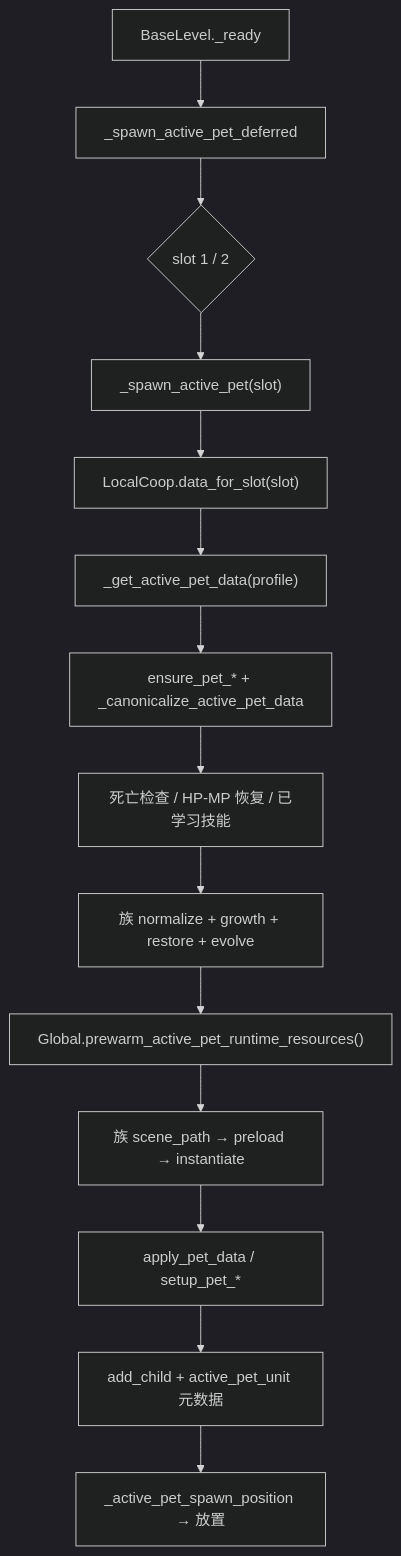
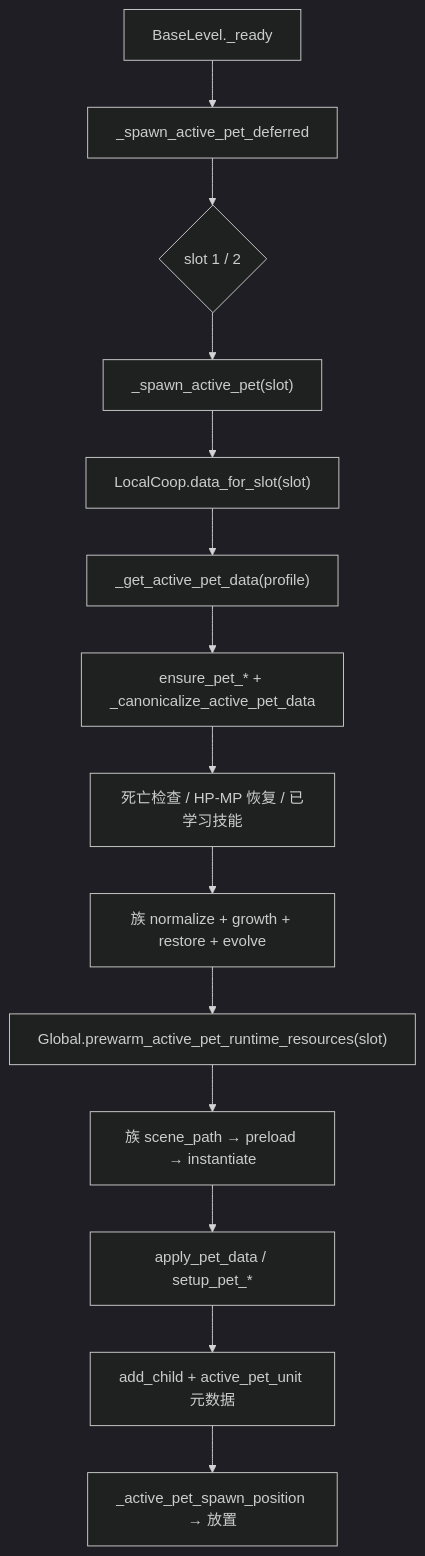
One commit to 0xnayuta/BHYH changed the diagram in docs/reference/pet_level_boundary_matrix.md. Above: the diagram before and after it, drawn with Mermaid (dark theme). The commit also changed other lines of this file and 18 other files, not shown here.

````diff
--- a/docs/reference/pet_level_boundary_matrix.md
+++ b/docs/reference/pet_level_boundary_matrix.md
@@ -38,16 +40,16 @@
 ```mermaid
 flowchart TD
     A["BaseLevel._ready"] --> B["_spawn_active_pet_deferred"]
     B --> C{"slot 1 / 2"}
     C --> D["_spawn_active_pet(slot)"]
     D --> E["LocalCoop.data_for_slot(slot)"]
     E --> F["_get_active_pet_data(profile)"]
     F --> G["ensure_pet_* + _canonicalize_active_pet_data"]
     G --> H["死亡检查 / HP-MP 恢复 / 已学习技能"]
     H --> I["族 normalize + growth + restore + evolve"]
-    I --> J["Global.prewarm_active_pet_runtime_resources()"]
+    I --> J["Global.prewarm_active_pet_runtime_resources(slot)"]
     J --> K["族 scene_path → preload → instantiate"]
     K --> L["apply_pet_data / setup_pet_*"]
     L --> M["add_child + active_pet_unit 元数据"]
     M --> N["_active_pet_spawn_position → 放置"]
 ```
````
